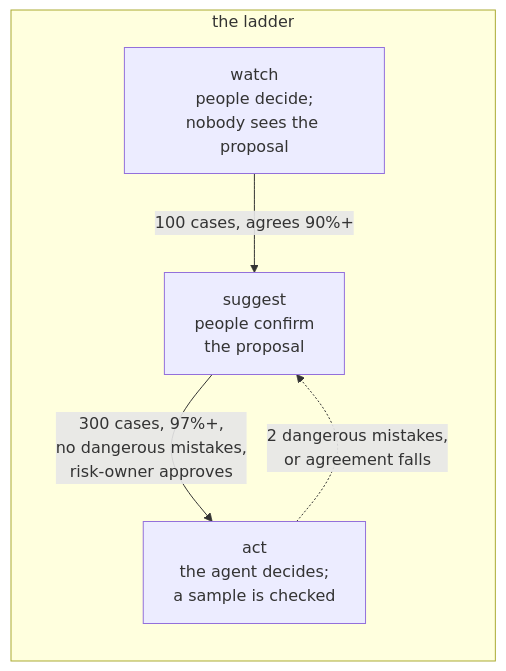
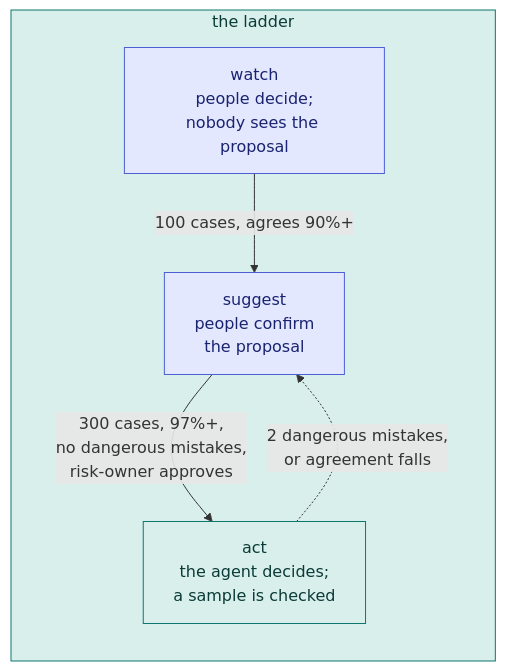
One commit to srijithunni7182/llm4j changed the second of 2 diagrams in docs/tutorial/11-advanced-orchestration.md. Above: the diagram before and after it, drawn with Mermaid. The commit also changed other lines of this file and 13 other files, not shown here.

First line of the commit message:
docs: give the tutorial's diagrams meaningful colours

````diff
--- a/docs/tutorial/11-advanced-orchestration.md
+++ b/docs/tutorial/11-advanced-orchestration.md
@@ -94,8 +100,12 @@
 ```mermaid
 flowchart LR
   subgraph L["the ladder"]
     W["watch<br/>people decide;<br/>nobody sees the proposal"] -- "100 cases, agrees 90%+" --> S["suggest<br/>people confirm<br/>the proposal"]
     S -- "300 cases, 97%+,<br/>no dangerous mistakes,<br/>risk-owner approves" --> A["act<br/>the agent decides;<br/>a sample is checked"]
     A -. "2 dangerous mistakes,<br/>or agreement falls" .-> S
   end
+  classDef step fill:#d9efec,stroke:#0f766e,color:#0b3b37
+  classDef person fill:#e3e8ff,stroke:#4c5fd5,color:#1a2370
+  class L,A step
+  class W,S person
 ```
````
